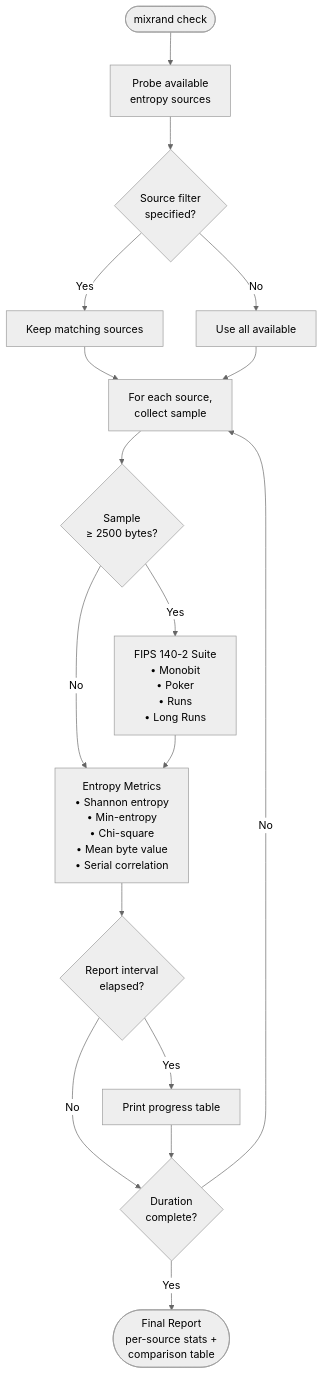
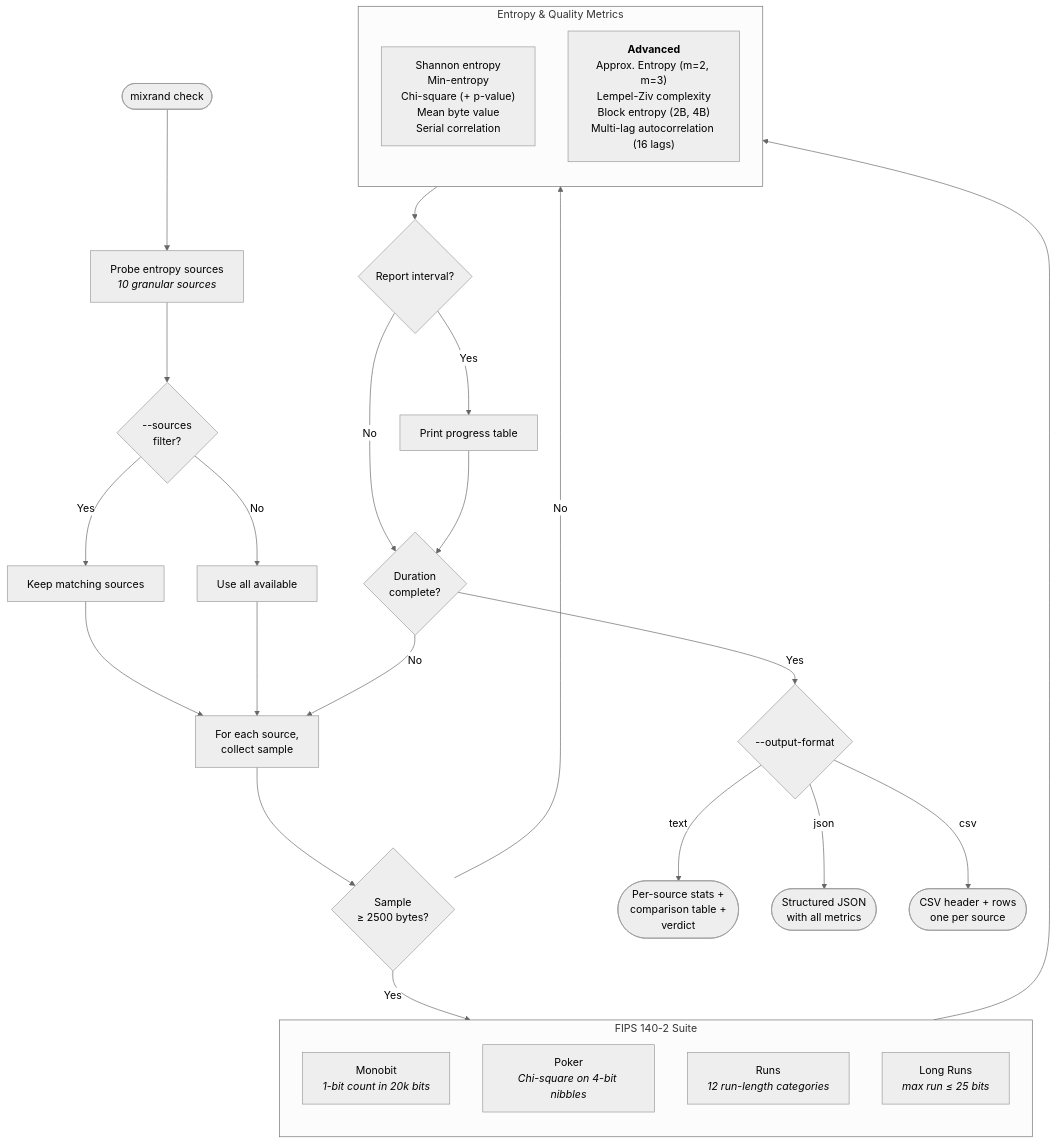
Before and after one commit to sonoransun/entropy-svc: the sixth of 7 diagrams in README.md, drawn with Mermaid (neutral theme). The commit also changed other lines of this file and 19 other files, not shown here.

````diff
--- a/README.md
+++ b/README.md
@@ -133,25 +205,43 @@
 ```mermaid
 flowchart TD
-    Start([mixrand check]) --> Probe["Probe available<br/>entropy sources"]
-    Probe --> Filter{"Source filter<br/>specified?"}
+    Start([mixrand check]) --> Probe["Probe entropy sources<br/><i>10 granular sources</i>"]
+    Probe --> Filter{"--sources<br/>filter?"}
     Filter -- Yes --> Select["Keep matching sources"]
     Filter -- No --> All["Use all available"]
     Select --> TestLoop
     All --> TestLoop
 
     TestLoop["For each source,<br/>collect sample"] --> FIPS{"Sample<br/>≥ 2500 bytes?"}
 
-    FIPS -- Yes --> FIPSTests["FIPS 140-2 Suite<br/>• Monobit<br/>• Poker<br/>• Runs<br/>• Long Runs"]
+    FIPS -- Yes --> FIPSTests
     FIPS -- No --> Entropy
 
-    FIPSTests --> Entropy["Entropy Metrics<br/>• Shannon entropy<br/>• Min-entropy<br/>• Chi-square<br/>• Mean byte value<br/>• Serial correlation"]
+    subgraph FIPSTests["FIPS 140-2 Suite"]
+        direction TB
+        F1["Monobit<br/><i>1-bit count in 20k bits</i>"]
+        F2["Poker<br/><i>Chi-square on 4-bit nibbles</i>"]
+        F3["Runs<br/><i>12 run-length categories</i>"]
+        F4["Long Runs<br/><i>max run ≤ 25 bits</i>"]
+    end
 
-    Entropy --> Progress{"Report interval<br/>elapsed?"}
+    FIPSTests --> Entropy
+
+    subgraph Entropy["Entropy & Quality Metrics"]
+        direction TB
+        E1["Shannon entropy<br/>Min-entropy<br/>Chi-square (+ p-value)<br/>Mean byte value<br/>Serial correlation"]
+        E2["<b>Advanced</b><br/>Approx. Entropy (m=2, m=3)<br/>Lempel-Ziv complexity<br/>Block entropy (2B, 4B)<br/>Multi-lag autocorrelation (16 lags)"]
+    end
+
+    Entropy --> Progress{"Report interval?"}
     Progress -- Yes --> Print["Print progress table"]
     Progress -- No --> TimeCheck
     Print --> TimeCheck
 
     TimeCheck{"Duration<br/>complete?"}
     TimeCheck -- No --> TestLoop
-    TimeCheck -- Yes --> Report(["Final Report<br/>per-source stats +<br/>comparison table"])
+    TimeCheck -- Yes --> Format{"--output-format"}
+
+    Format -- text --> TextReport(["Per-source stats +<br/>comparison table +<br/>verdict"])
+    Format -- json --> JSONReport(["Structured JSON<br/>with all metrics"])
+    Format -- csv --> CSVReport(["CSV header + rows<br/>one per source"])
 ```
````
